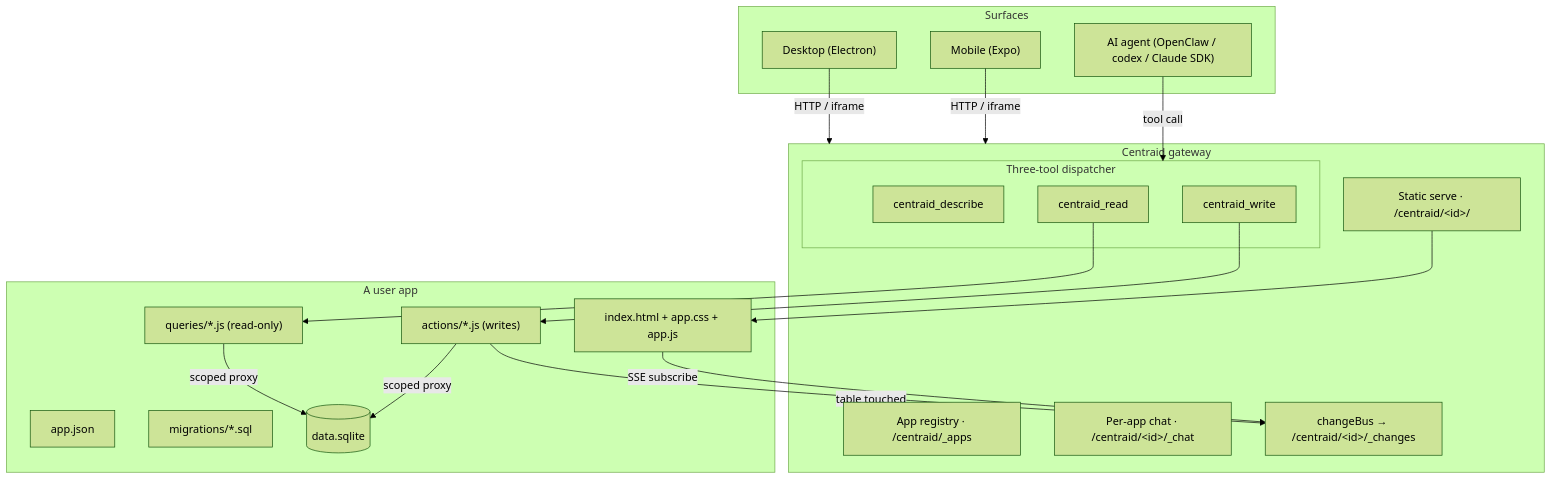
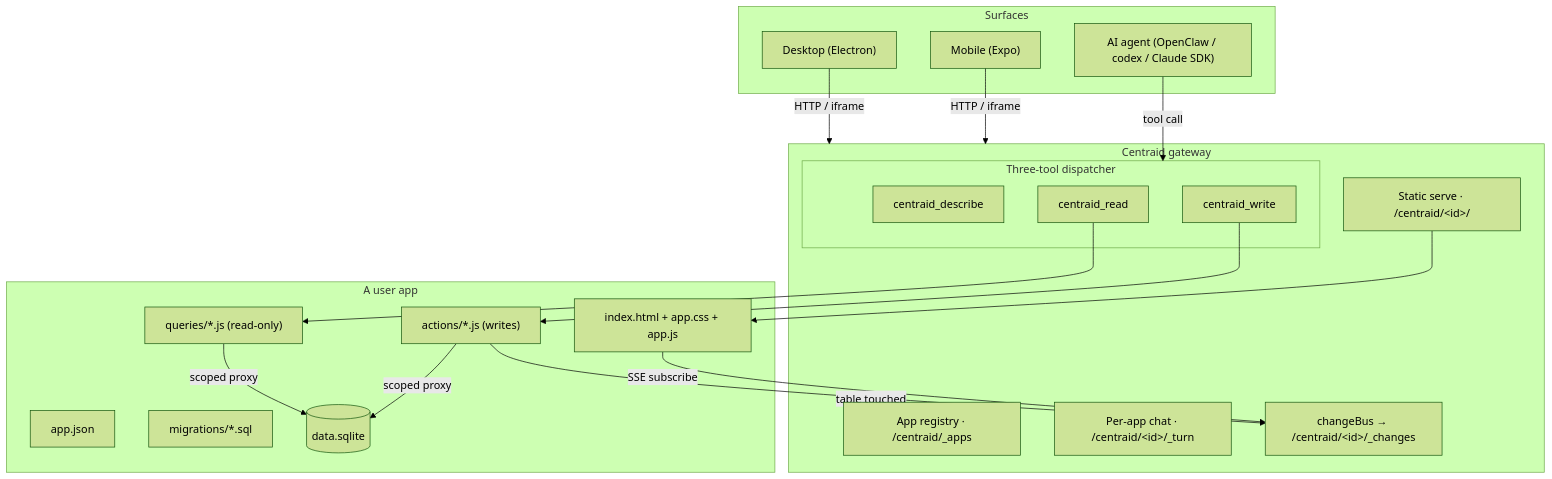
Before and after one commit to srikanth235/centraid: the diagram in docs/concepts/architecture.mdx, drawn with Mermaid (forest theme). The commit also changed other lines of this file and 53 other files, not shown here.

````diff
--- a/docs/concepts/architecture.mdx
+++ b/docs/concepts/architecture.mdx
@@ -12,38 +12,38 @@
 ```mermaid
 flowchart TB
   subgraph Surfaces
     Desktop["Desktop (Electron)"]
     Mobile["Mobile (Expo)"]
     Agent["AI agent (OpenClaw / codex / Claude SDK)"]
   end
 
   subgraph Gateway["Centraid gateway"]
     subgraph Dispatch["Three-tool dispatcher"]
       Describe["centraid_describe"]
       Read["centraid_read"]
       Write["centraid_write"]
     end
     Registry["App registry · /centraid/_apps"]
-    Chat["Per-app chat · /centraid/&lt;id&gt;/_chat"]
+    Chat["Per-app chat · /centraid/&lt;id&gt;/_turn"]
     Static["Static serve · /centraid/&lt;id&gt;/"]
     ChangeBus["changeBus → /centraid/&lt;id&gt;/_changes"]
   end
 
   subgraph App["A user app"]
     AppJson["app.json"]
     Queries["queries/*.js (read-only)"]
     Actions["actions/*.js (writes)"]
     Migs["migrations/*.sql"]
     Sqlite[("data.sqlite")]
     AppUI["index.html + app.css + app.js"]
   end
 
   Desktop & Mobile -- "HTTP / iframe" --> Gateway
   Agent -- "tool call" --> Dispatch
   Read --> Queries
   Write --> Actions
   Queries & Actions -- "scoped proxy" --> Sqlite
   Actions -- "table touched" --> ChangeBus
   Static --> AppUI
   AppUI -- "SSE subscribe" --> ChangeBus
 ```
````
